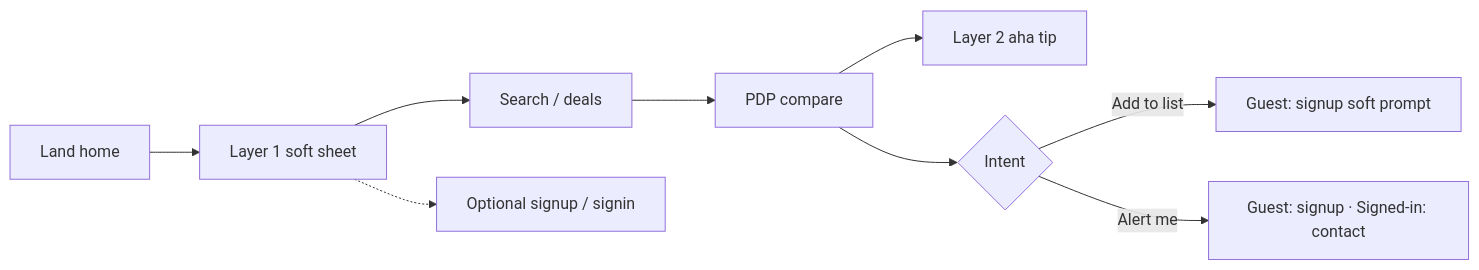
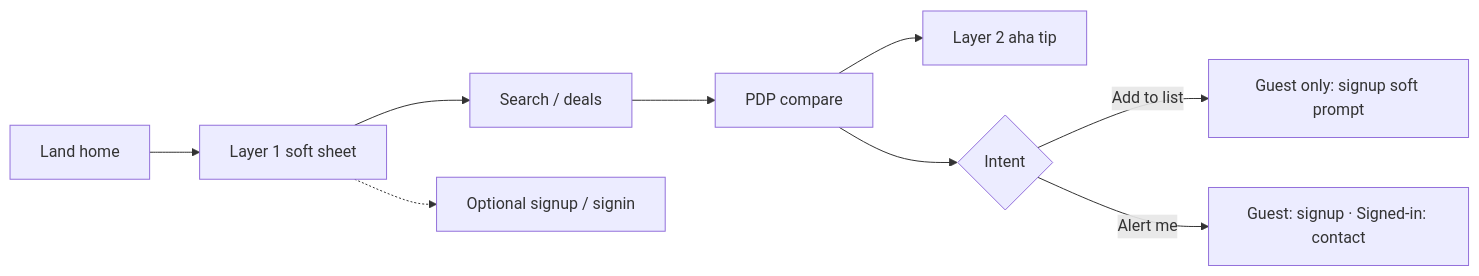
The diagram in ux-onboarding-conversion.md (tendaikatiyo/easishop_ui_demo), drawn with Mermaid before and after one commit. The commit also changed other lines of this file and 6 other files, not shown here.

First line of the commit message:
Drop signed-in list name dialog; keep guest auth prompt only.

````diff
--- a/ux-onboarding-conversion.md
+++ b/ux-onboarding-conversion.md
@@ -41,11 +41,11 @@
 ```mermaid
 flowchart LR
   A[Land home] --> B[Layer 1 soft sheet]
   B --> C[Search / deals]
   B -.-> D[Optional signup / signin]
   C --> E[PDP compare]
   E --> F[Layer 2 aha tip]
   E --> G{Intent}
-  G -->|Add to list| H[Guest: signup soft prompt]
+  G -->|Add to list| H[Guest only: signup soft prompt]
   G -->|Alert me| I[Guest: signup · Signed-in: contact]
 ```
````
